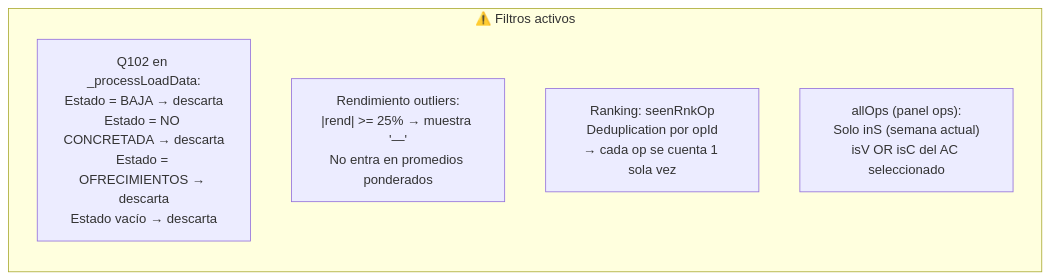
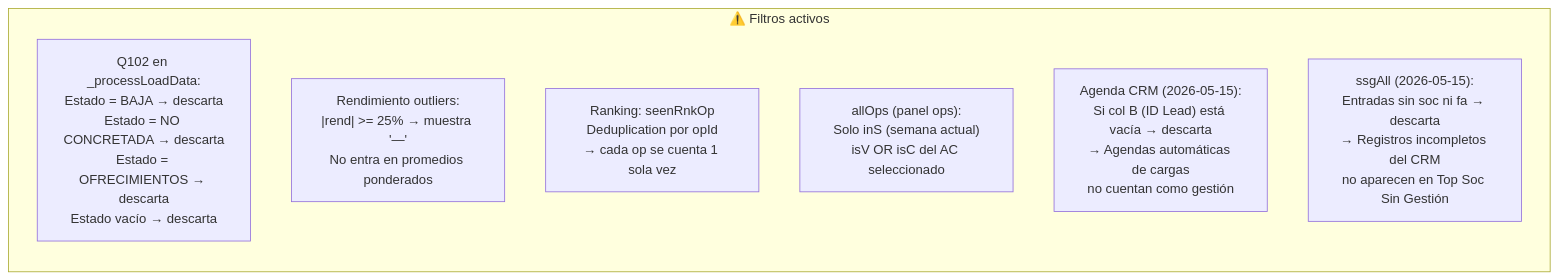
One commit to jsineriz-commits/ReporteSemanal changed the fifth of 8 diagrams in MAPA_PROYECTO.md. Above: the diagram before and after it, drawn with Mermaid. The commit also changed other lines of this file and 2 other files, not shown here.

Commit message:
fix: filtrar agendas sin ID Lead, filas NR vacías en ssg, fallback F.ASIG desde Leads, Nombre+Apellido si sin razon social, formato ULT ACT dd-MM-yyyy

````diff
--- a/MAPA_PROYECTO.md
+++ b/MAPA_PROYECTO.md
@@ -115,9 +125,11 @@
 ```mermaid
 flowchart LR
     subgraph "⚠️ Filtros activos"
         F1["Q102 en _processLoadData:\nEstado = BAJA → descarta\nEstado = NO CONCRETADA → descarta\nEstado = OFRECIMIENTOS → descarta\nEstado vacío → descarta"]
         F2["Rendimiento outliers:\n|rend| >= 25% → muestra '—'\nNo entra en promedios ponderados"]
         F3["Ranking: seenRnkOp\nDeduplication por opId\n→ cada op se cuenta 1 sola vez"]
         F4["allOps (panel ops):\nSolo inS (semana actual)\nisV OR isC del AC seleccionado"]
+        F5["Agenda CRM (2026-05-15):\nSi col B (ID Lead) está vacía → descarta\n→ Agendas automáticas de cargas\nno cuentan como gestión"]
+        F6["ssgAll (2026-05-15):\nEntradas sin soc ni fa → descarta\n→ Registros incompletos del CRM\nno aparecen en Top Soc Sin Gestión"]
     end
 ```
````
